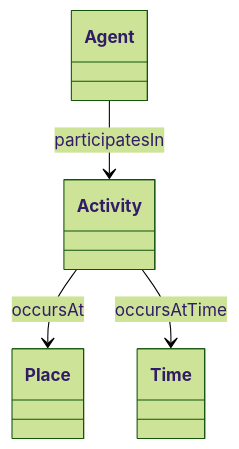
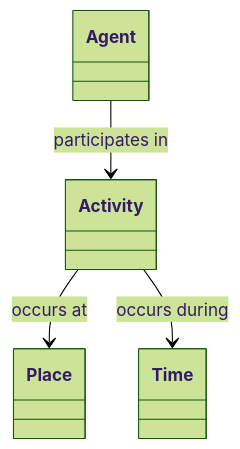
Before and after one commit to spiel-ifremer/oake: the first of 2 diagrams in docs/conceptual-model.md, drawn with Mermaid (forest theme). The commit also changed other lines of this file, not shown here.

````diff
--- a/docs/conceptual-model.md
+++ b/docs/conceptual-model.md
@@ -36,12 +36,11 @@
 ```mermaid
 classDiagram
+    class Agent
+    class Activity
+    class Place
+    class Time
 
-class Agent
-class Activity
-class Place
-class Time
-
-Agent --> Activity : participatesIn
-Activity --> Place : occursAt
-Activity --> Time : occursAtTime
+    Agent --> Activity : participates in
+    Activity --> Place : occurs at
+    Activity --> Time : occurs during
 ```
````
